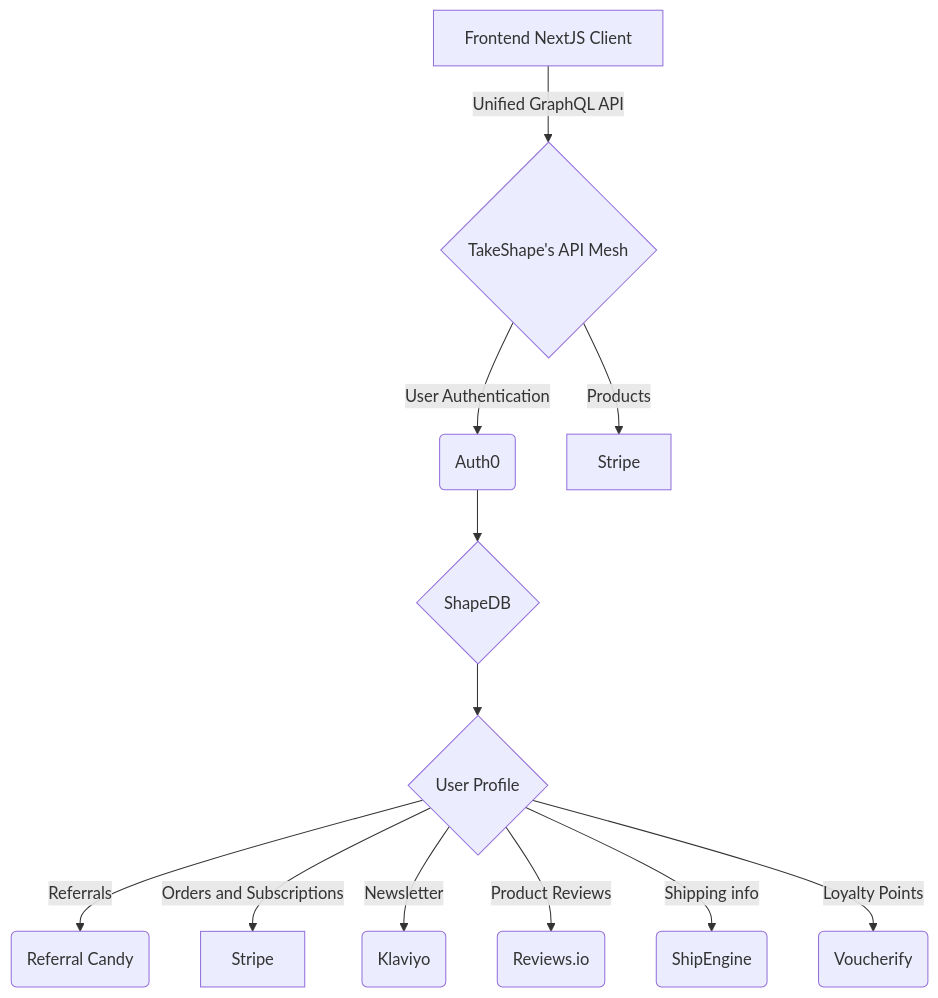
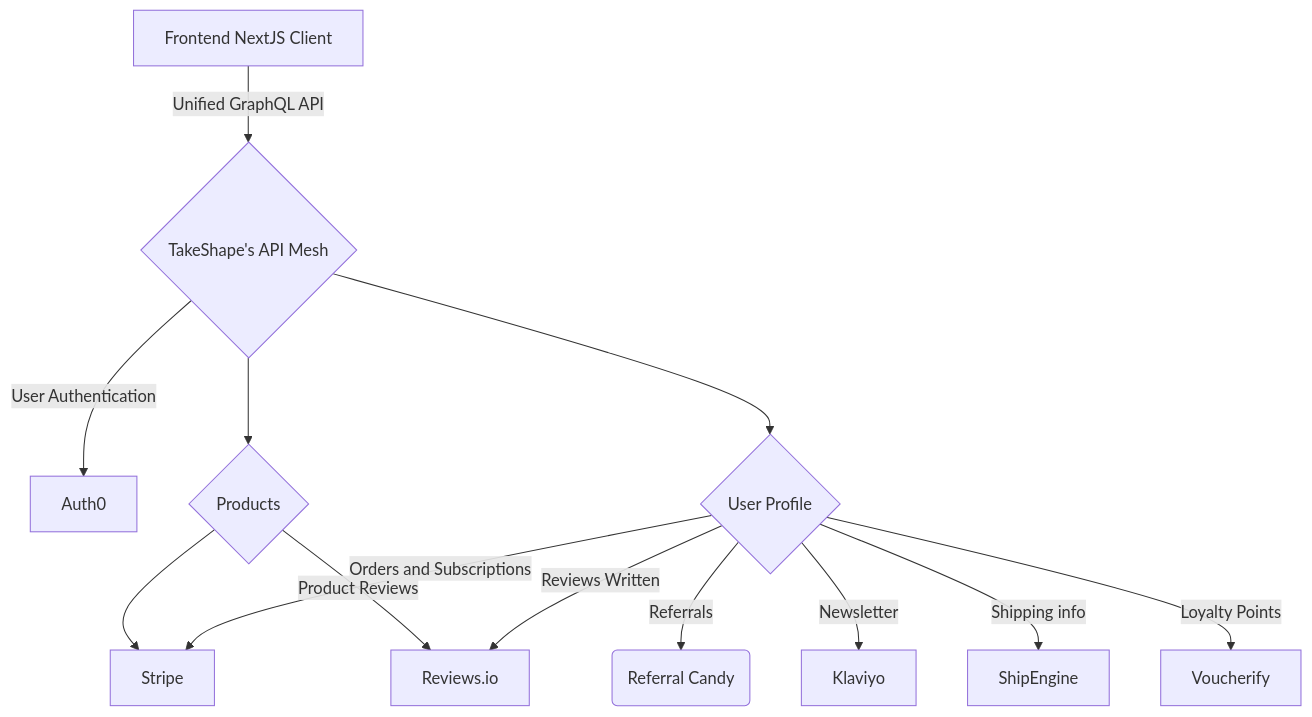
One commit to takeshape/takeshape-starter-ecommerce-kitchen-sink changed the diagram in README.md. Above: the diagram before and after it, drawn with Mermaid.

Commit message:
Update diagram

````diff
--- a/README.md
+++ b/README.md
@@ -18,14 +18,15 @@
 ```mermaid
 graph TD
-    A[Frontend NextJS Client] --> |Unified GraphQL API| B{TakeShape's API Mesh}
-    B --> |User Authentication| C(Auth0)
-    B --> |Products| L[Stripe]
-    C --> K{ShapeDB}
-    K --> J{User Profile}
-    J --> |Referrals| H(Referral Candy)
-    J --> |Orders and Subscriptions| D[Stripe]
-    J --> |Newsletter| E(Klaviyo)
-    J --> |Product Reviews| F(Reviews.io)
-    J --> |Shipping info| G(ShipEngine)
-    J --> |Loyalty Points| I(Voucherify)
+    A[Frontend NextJS Client] --> |Unified GraphQL API| Mesh{TakeShape's API Mesh}
+    Mesh --> |User Authentication| Auth0
+    Mesh --> P{Products} 
+    P --> Stripe
+    Mesh --> UP{User Profile}
+    UP --> |Referrals| RC(Referral Candy)
+    UP --> |Orders and Subscriptions| Stripe
+    UP --> |Newsletter| Klaviyo
+    P --> |Product Reviews| Reviews.io
+    UP --> |Reviews Written| Reviews.io
+    UP --> |Shipping info| ShipEngine
+    UP --> |Loyalty Points| Voucherify
 ```
````
